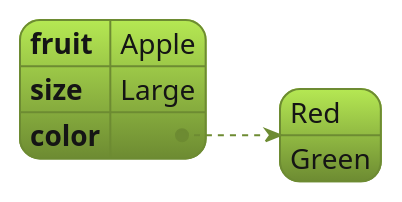
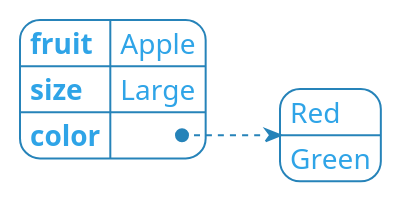
Before and after one commit to hdouhua/diagrams: the diagram in plantuml/json.puml, drawn with PlantUML. The commit also changed 14 other files, not shown here.

```diff
--- a/plantuml/json.puml
+++ b/plantuml/json.puml
@@ -1,9 +1,11 @@
-@startjson json demo
-!theme hacker
+@startjson json-sample
+
+!theme cerulean-outline
 
 {
    "fruit":"Apple",
    "size":"Large",
    "color": ["Red", "Green"]
 }
+
 @endjson
```
